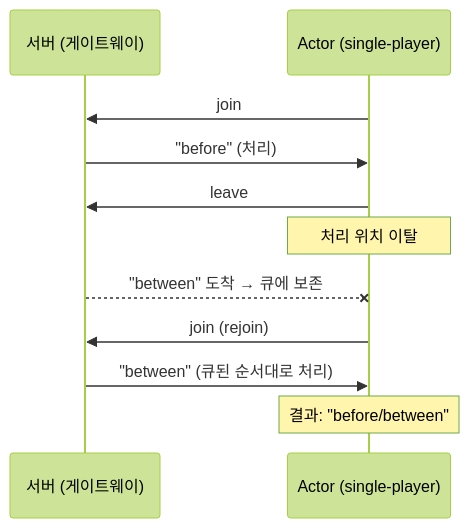
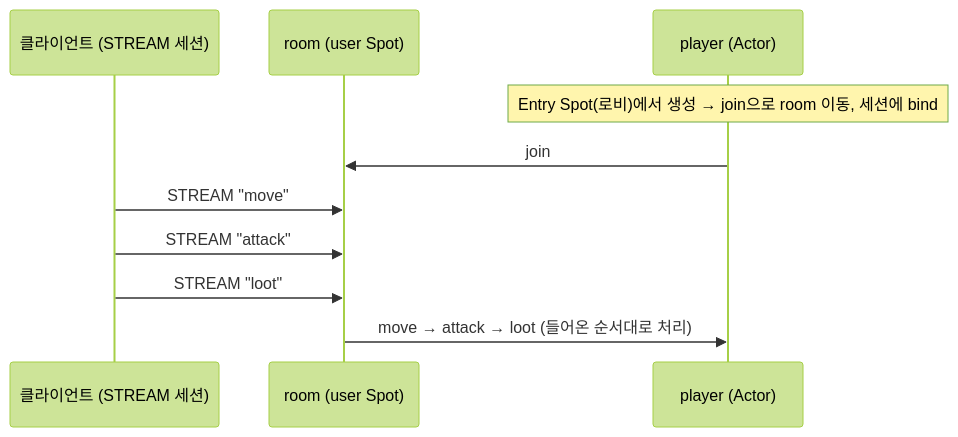
One commit to kairos-code-dev/zlink changed the second of 2 diagrams in doc/site/docs/guide/07-4-actor.ko.md. Above: the diagram before and after it, drawn with Mermaid (forest theme). The commit also changed other lines of this file and 14 other files, not shown here.

First line of the commit message:
docs(actor): correct delivery model + Entry Spot, sequential scenario

````diff
--- a/doc/site/docs/guide/07-4-actor.ko.md
+++ b/doc/site/docs/guide/07-4-actor.ko.md
@@ -112,14 +121,13 @@
 ```mermaid
 sequenceDiagram
-    participant G as 서버 (게이트웨이)
-    participant A as Actor (single-player)
+    participant C as 클라이언트 (STREAM 세션)
+    participant R as room (user Spot)
+    participant A as player (Actor)
 
-    A->>G: join
-    G->>A: "before" (처리)
-    A->>G: leave
-    Note over A: 처리 위치 이탈
-    G--xA: "between" 도착 → 큐에 보존
-    A->>G: join (rejoin)
-    G->>A: "between" (큐된 순서대로 처리)
-    Note over A: 결과: "before/between"
+    Note over A: Entry Spot(로비)에서 생성 → join으로 room 이동, 세션에 bind
+    A->>R: join
+    C->>R: STREAM "move"
+    C->>R: STREAM "attack"
+    C->>R: STREAM "loot"
+    R->>A: move → attack → loot (들어온 순서대로 처리)
 ```
````
